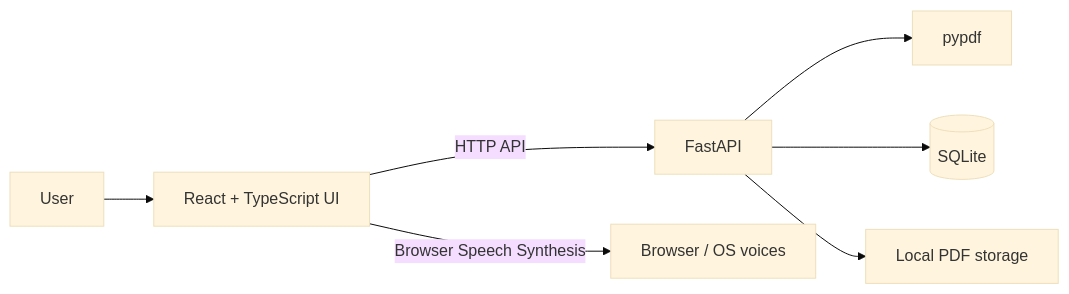
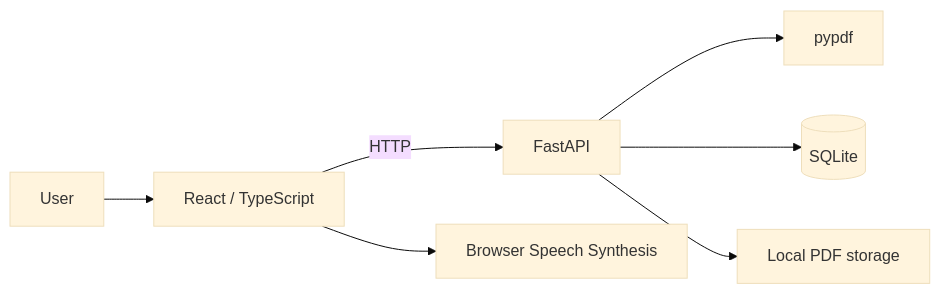
One commit to mdxsuhail/luna changed the diagram in README.md. Above: the diagram before and after it, drawn with Mermaid (base theme). The commit also changed other lines of this file, not shown here.

````diff
--- a/README.md
+++ b/README.md
@@ -21,9 +19,9 @@
 ```mermaid
 flowchart LR
-  U[User] --> F[React + TypeScript UI]
-  F -->|HTTP API| B[FastAPI]
-  B --> P[pypdf]
-  B --> D[(SQLite)]
-  B --> S[Local PDF storage]
-  F -->|Browser Speech Synthesis| TTS[Browser / OS voices]
+ U[User] --> UI[React / TypeScript]
+ UI -->|HTTP| API[FastAPI]
+ API --> PDF[pypdf]
+ API --> DB[(SQLite)]
+ API --> FS[Local PDF storage]
+ UI --> TTS[Browser Speech Synthesis]
 ```
````
